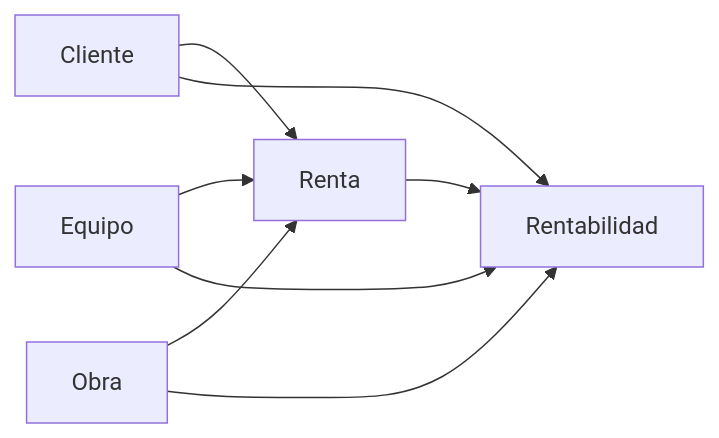
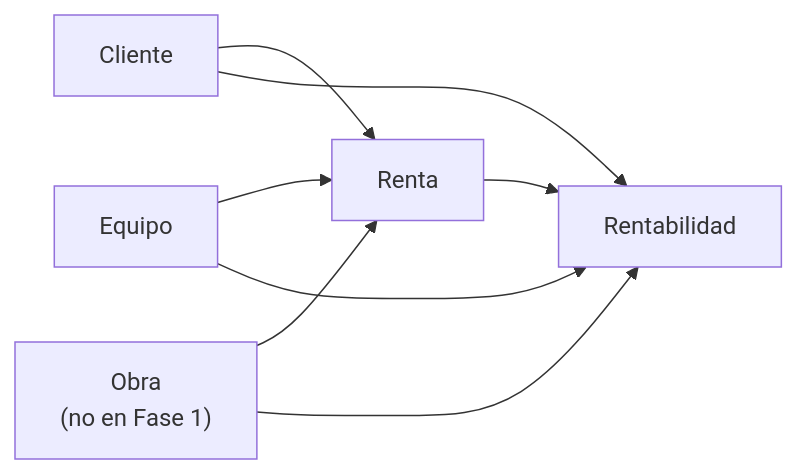
The first of 4 diagrams in docs/02-modelo-datos.md (xYairrx/maquinaria-backend), drawn with Mermaid before and after one commit. The commit also changed other lines of this file and 86 other files, not shown here.

````diff
--- a/docs/02-modelo-datos.md
+++ b/docs/02-modelo-datos.md
@@ -14,10 +14,11 @@
 ```mermaid
 graph LR
     C[Cliente] --> R[Renta]
-    O[Obra] --> R
+    O["Obra
+    (no en Fase 1)"] --> R
     E[Equipo] --> R
     R --> RENT[Rentabilidad]
     E --> RENT
     C --> RENT
     O --> RENT
 ```
````
